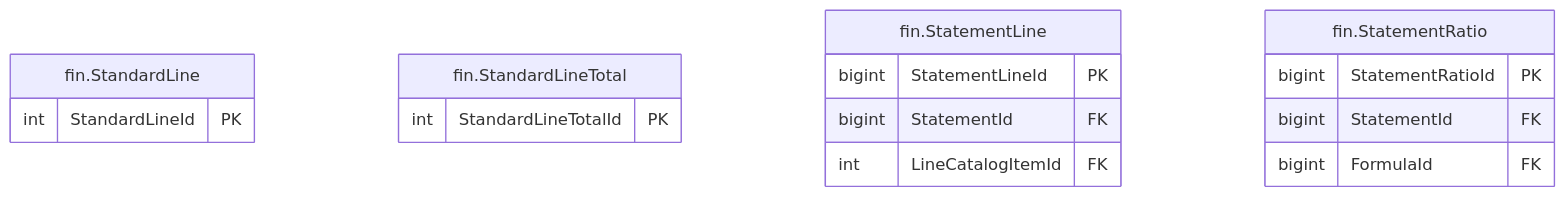
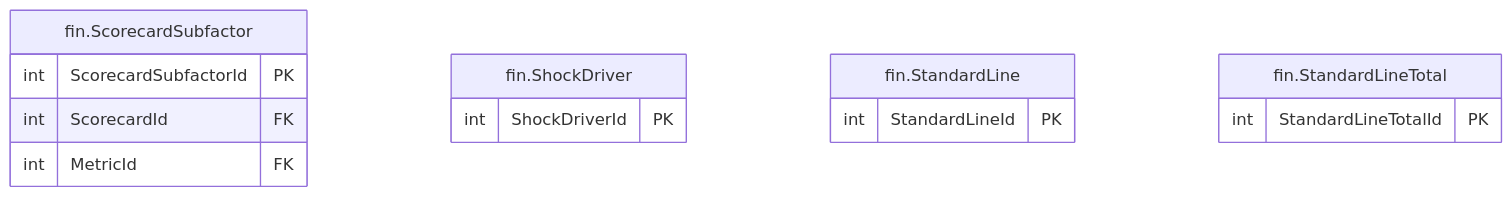
Before and after one commit to thawrasy/smartlines: the diagram in treasury-platform/docs/diagrams/erd/m5_financials_12.mmd, drawn with Mermaid. The commit also changed 126 other files, not shown here.

```diff
--- a/treasury-platform/docs/diagrams/erd/m5_financials_12.mmd
+++ b/treasury-platform/docs/diagrams/erd/m5_financials_12.mmd
@@ -1,18 +1,16 @@
 %% م5 · البيانات المالية والأرصدة (12/13) — Financial statements & balances
 erDiagram
+  fin_ScorecardSubfactor["fin.ScorecardSubfactor"] {
+    int ScorecardSubfactorId PK
+    int ScorecardId FK
+    int MetricId FK
+  }
+  fin_ShockDriver["fin.ShockDriver"] {
+    int ShockDriverId PK
+  }
   fin_StandardLine["fin.StandardLine"] {
     int StandardLineId PK
   }
   fin_StandardLineTotal["fin.StandardLineTotal"] {
     int StandardLineTotalId PK
   }
-  fin_StatementLine["fin.StatementLine"] {
-    bigint StatementLineId PK
-    bigint StatementId FK
-    int LineCatalogItemId FK
-  }
-  fin_StatementRatio["fin.StatementRatio"] {
-    bigint StatementRatioId PK
-    bigint StatementId FK
-    bigint FormulaId FK
-  }
```
